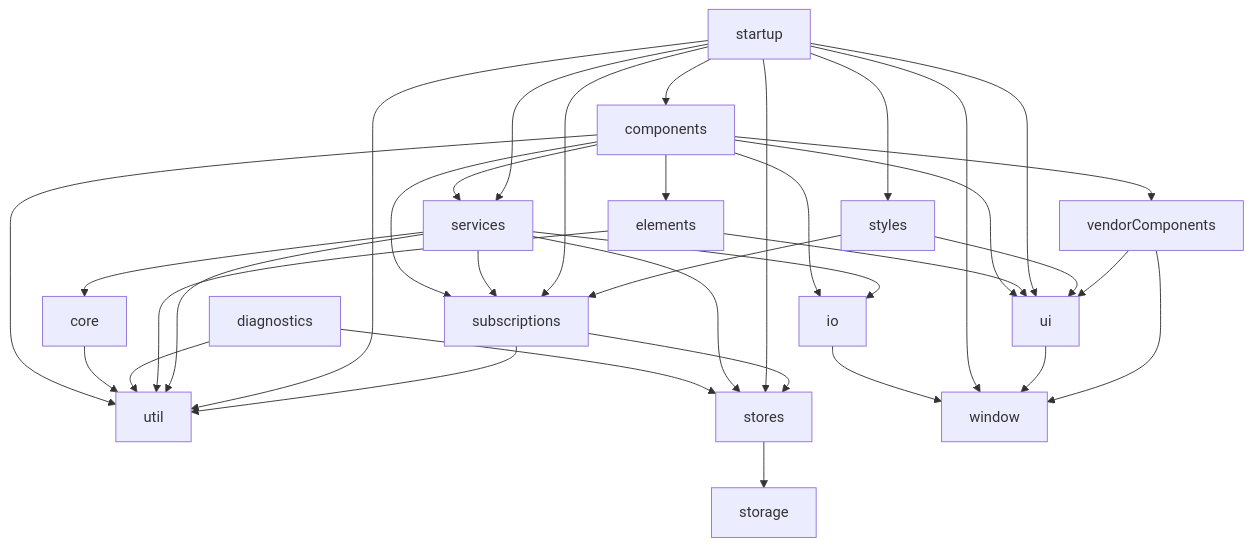
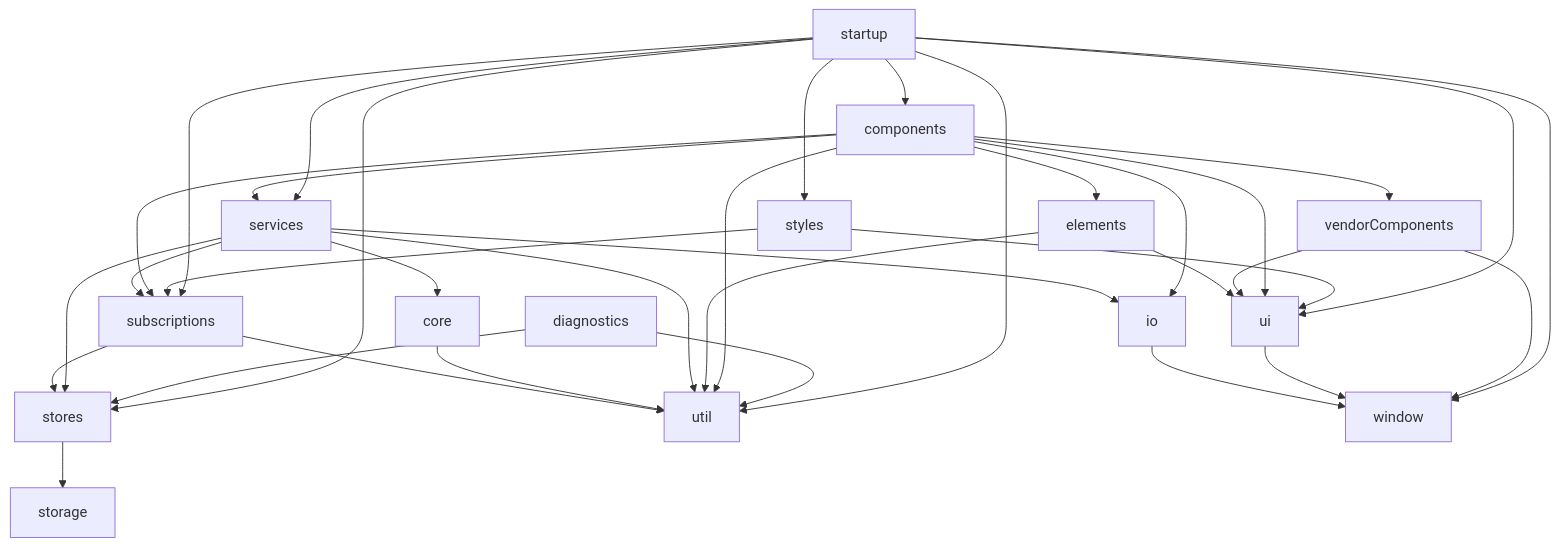
Before and after one commit to mattriley/node-module-composer: the fifth of 5 diagrams in README.md, drawn with Mermaid. The commit also changed other lines of this file and 2 other files, not shown here.

````diff
--- a/README.md
+++ b/README.md
@@ -967,37 +981,37 @@
 ```mermaid
 graph TD;
+    stores-->storage;
+    subscriptions-->stores;
+    subscriptions-->util;
+    core-->util;
+    io-->window;
+    services-->subscriptions;
+    services-->stores;
+    services-->core;
+    services-->io;
+    services-->util;
+    ui-->window;
+    elements-->ui;
+    elements-->util;
+    vendorComponents-->ui;
+    vendorComponents-->window;
     components-->io;
     components-->ui;
     components-->elements;
     components-->vendorComponents;
     components-->services;
     components-->subscriptions;
     components-->util;
-    core-->util;
+    styles-->ui;
+    styles-->subscriptions;
     diagnostics-->stores;
     diagnostics-->util;
-    elements-->ui;
-    elements-->util;
-    io-->window;
-    services-->subscriptions;
-    services-->stores;
-    services-->core;
-    services-->io;
-    services-->util;
     startup-->ui;
     startup-->components;
     startup-->styles;
     startup-->services;
     startup-->subscriptions;
     startup-->stores;
     startup-->util;
     startup-->window;
-    stores-->storage;
-    styles-->ui;
-    styles-->subscriptions;
-    subscriptions-->stores;
-    subscriptions-->util;
-    ui-->window;
-    vendorComponents-->ui;
-    vendorComponents-->window;
 ```
````
